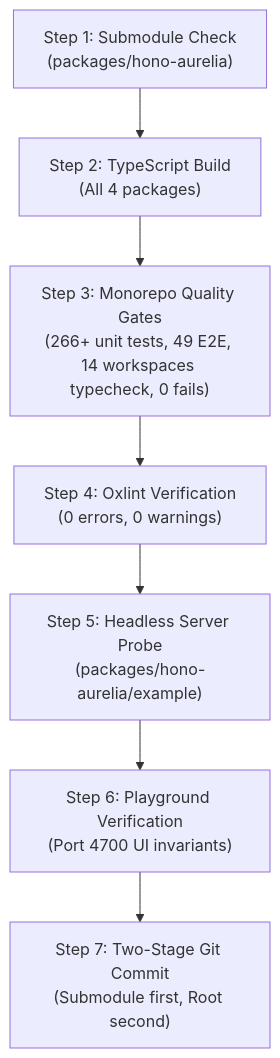
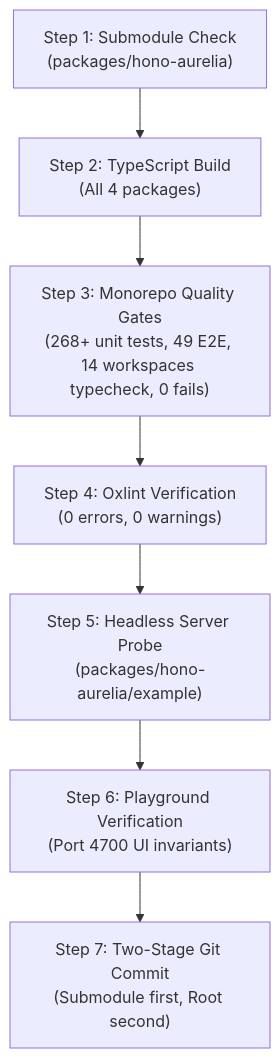
Before and after one commit to sandikodev/aureliajs: the diagram in .agents/skills/aurelia-toolchain-auditor/SKILL.md, drawn with Mermaid. The commit also changed 16 other files, not shown here.

````diff
--- a/.agents/skills/aurelia-toolchain-auditor/SKILL.md
+++ b/.agents/skills/aurelia-toolchain-auditor/SKILL.md
@@ -89,9 +89,9 @@
 ```mermaid
 flowchart TD
     A["Step 1: Submodule Check\n(packages/hono-aurelia)"] --> B["Step 2: TypeScript Build\n(All 4 packages)"]
-    B --> C["Step 3: Monorepo Quality Gates\n(266+ unit tests, 49 E2E, 14 workspaces typecheck, 0 fails)"]
+    B --> C["Step 3: Monorepo Quality Gates\n(268+ unit tests, 49 E2E, 14 workspaces typecheck, 0 fails)"]
     C --> D["Step 4: Oxlint Verification\n(0 errors, 0 warnings)"]
     D --> E["Step 5: Headless Server Probe\n(packages/hono-aurelia/example)"]
     E --> F["Step 6: Playground Verification\n(Port 4700 UI invariants)"]
     F --> G["Step 7: Two-Stage Git Commit\n(Submodule first, Root second)"]
 ```
````
